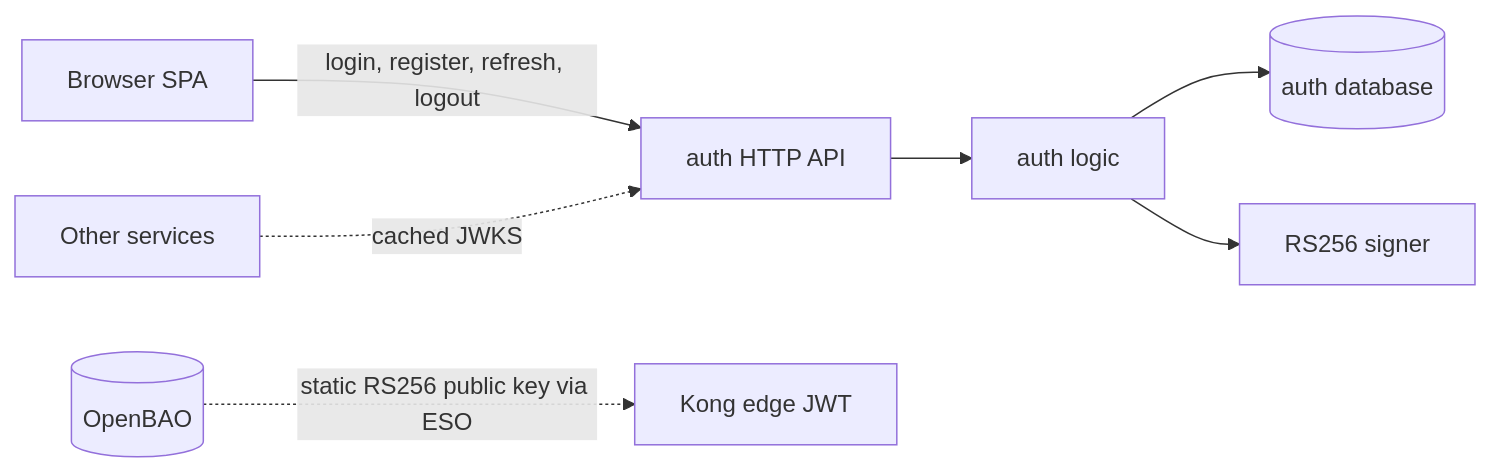
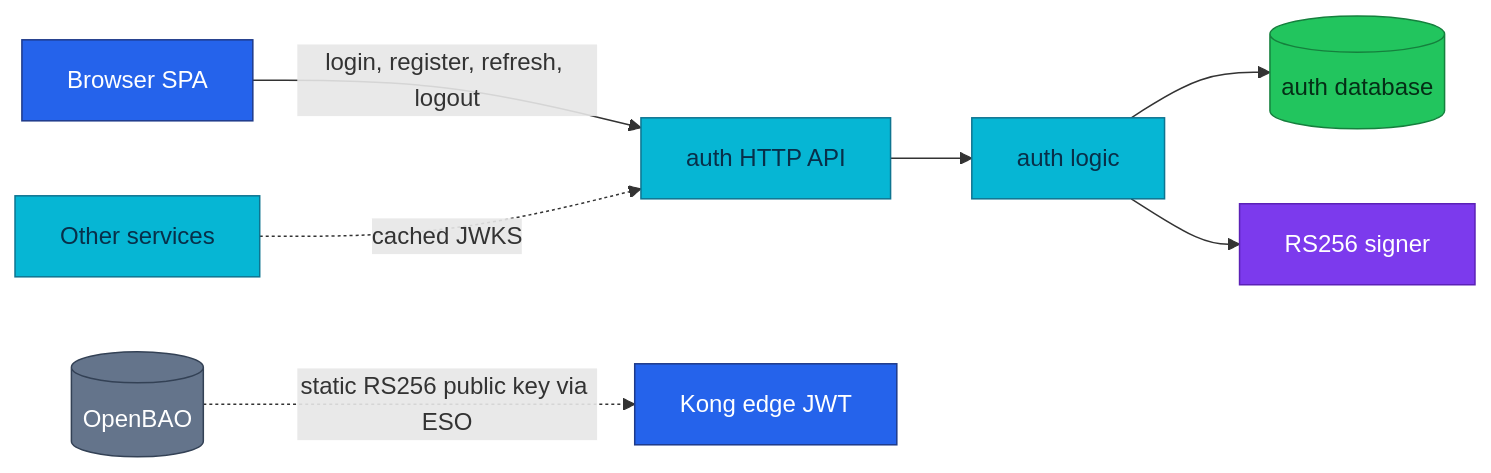
One commit to duynhlab/homelab changed the diagram in docs/api/auth.md. Above: the diagram before and after it, drawn with Mermaid. The commit also changed other lines of this file and 15 other files, not shown here.

First line of the commit message:
Improve API architecture diagrams (#513)

````diff
--- a/docs/api/auth.md
+++ b/docs/api/auth.md
@@ -21,9 +21,20 @@
 ```mermaid
 flowchart LR
     SPA[Browser SPA] -->|login, register, refresh, logout| HTTP[auth HTTP API]
     HTTP --> Logic[auth logic]
     Logic --> DB[(auth database)]
     Logic --> Signer[RS256 signer]
     Services[Other services] -. cached JWKS .-> HTTP
     OpenBAO[(OpenBAO)] -. static RS256 public key via ESO .-> Kong[Kong edge JWT]
+
+    classDef edge fill:#2563eb,color:#fff,stroke:#1e3a8a;
+    classDef service fill:#06b6d4,color:#082f49,stroke:#0e7490;
+    classDef platform fill:#7c3aed,color:#fff,stroke:#5b21b6;
+    classDef data fill:#22c55e,color:#052e16,stroke:#15803d;
+    classDef external fill:#64748b,color:#fff,stroke:#334155;
+    class SPA,Kong edge;
+    class HTTP,Logic,Services service;
+    class Signer platform;
+    class DB data;
+    class OpenBAO external;
 ```
````
